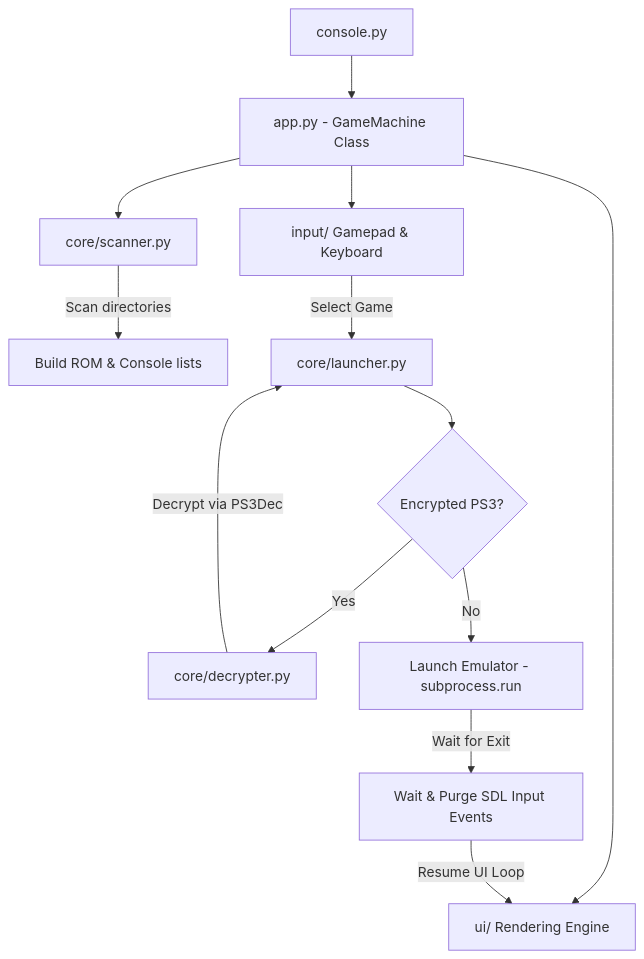
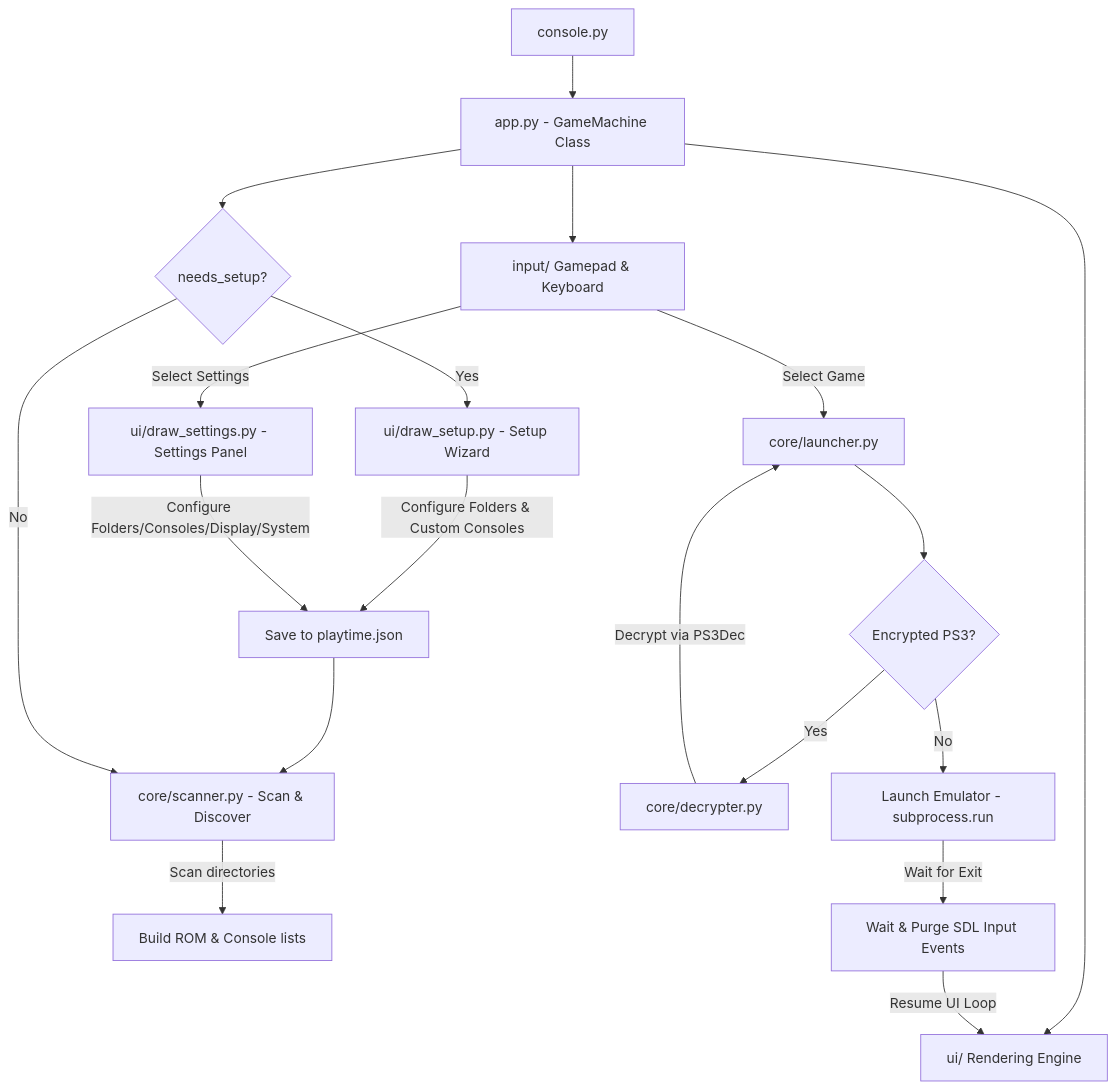
The diagram in README.md (WithSJ/Game-Machine), drawn with Mermaid before and after one commit. The commit also changed other lines of this file and 2 other files, not shown here.

First line of the commit message:
doc: update readme and roadmap for setup wizard and settings panel

````diff
--- a/README.md
+++ b/README.md
@@ -53,15 +56,21 @@
 ```mermaid
 graph TD
     A[console.py] --> B[app.py - GameMachine Class]
-    B --> C[core/scanner.py]
-    C -->|Scan directories| D[Build ROM & Console lists]
-    B --> E[ui/ Rendering Engine]
-    B --> F[input/ Gamepad & Keyboard]
-    F -->|Select Game| G[core/launcher.py]
-    G --> H{Encrypted PS3?}
-    H -->|Yes| I[core/decrypter.py]
-    I -->|Decrypt via PS3Dec| G
-    H -->|No| J[Launch Emulator - subprocess.run]
-    J -->|Wait for Exit| K[Wait & Purge SDL Input Events]
-    K -->|Resume UI Loop| E
+    B --> C{needs_setup?}
+    C -->|Yes| D[ui/draw_setup.py - Setup Wizard]
+    D -->|Configure Folders & Custom Consoles| E[Save to playtime.json]
+    E --> F[core/scanner.py - Scan & Discover]
+    C -->|No| F
+    F -->|Scan directories| G[Build ROM & Console lists]
+    B --> H[ui/ Rendering Engine]
+    B --> I[input/ Gamepad & Keyboard]
+    I -->|Select Settings| J[ui/draw_settings.py - Settings Panel]
+    J -->|Configure Folders/Consoles/Display/System| E
+    I -->|Select Game| K[core/launcher.py]
+    K --> L{Encrypted PS3?}
+    L -->|Yes| M[core/decrypter.py]
+    M -->|Decrypt via PS3Dec| K
+    L -->|No| N[Launch Emulator - subprocess.run]
+    N -->|Wait for Exit| O[Wait & Purge SDL Input Events]
+    O -->|Resume UI Loop| H
 ```
````
